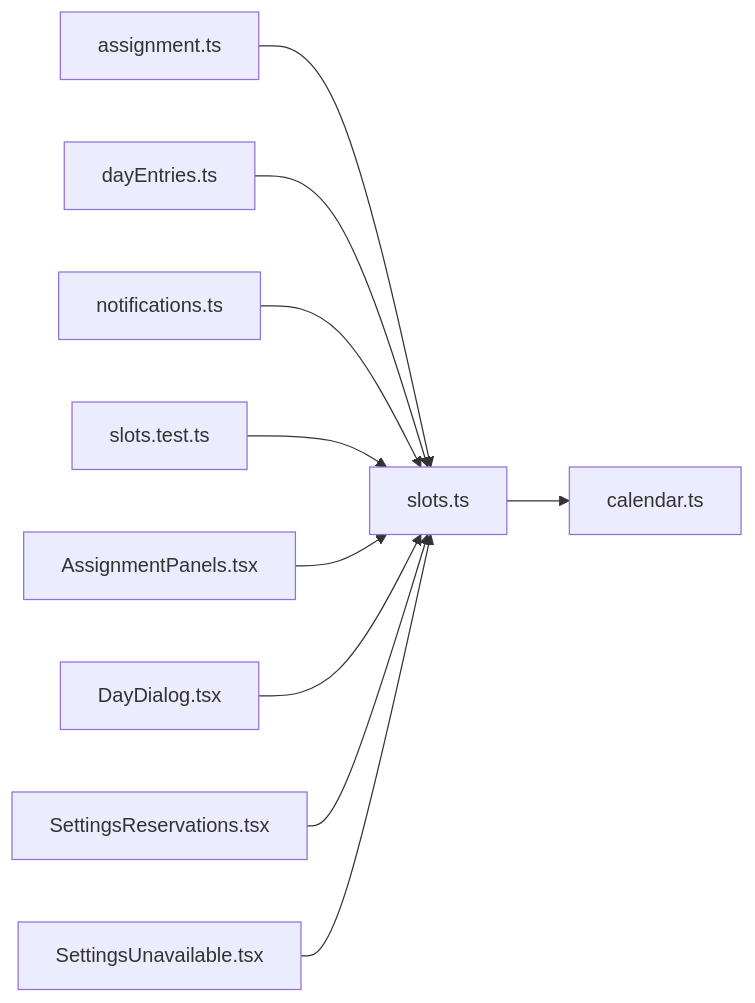
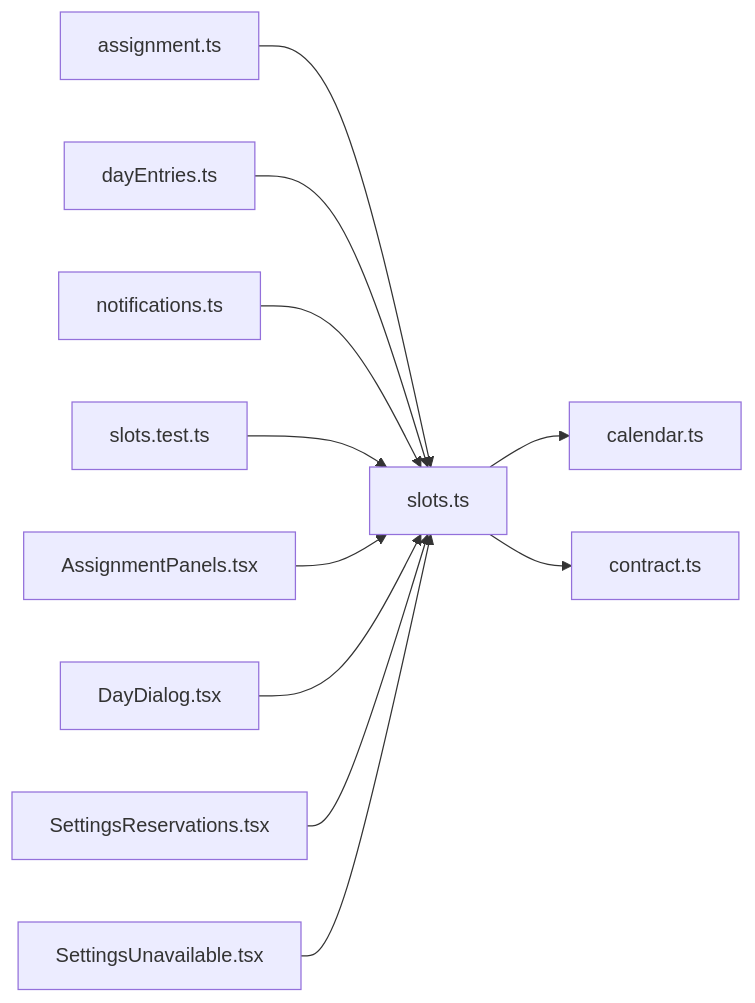
One commit to minkong-dev/Banblit changed the diagram in .cluedoc/graph/frontend/src/lib/slots.md. Above: the diagram before and after it, drawn with Mermaid. The commit also changed other lines of this file and 49 other files, not shown here.

````diff
--- a/.cluedoc/graph/frontend/src/lib/slots.md
+++ b/.cluedoc/graph/frontend/src/lib/slots.md
@@ -10,13 +10,14 @@
 ```mermaid
 flowchart LR
   frontend_src_lib_slots["slots.ts"]
   frontend_src_lib_slots --> frontend_src_lib_calendar["calendar.ts"]
+  frontend_src_lib_slots --> frontend_src_lib_contract["contract.ts"]
   frontend_src_lib_assignment["assignment.ts"] --> frontend_src_lib_slots
   frontend_src_lib_dayEntries["dayEntries.ts"] --> frontend_src_lib_slots
   frontend_src_lib_notifications["notifications.ts"] --> frontend_src_lib_slots
   frontend_src_lib_slots_test["slots.test.ts"] --> frontend_src_lib_slots
   frontend_src_routes_AssignmentPanels["AssignmentPanels.tsx"] --> frontend_src_lib_slots
   frontend_src_routes_DayDialog["DayDialog.tsx"] --> frontend_src_lib_slots
   frontend_src_routes_SettingsReservations["SettingsReservations.tsx"] --> frontend_src_lib_slots
   frontend_src_routes_SettingsUnavailable["SettingsUnavailable.tsx"] --> frontend_src_lib_slots
 ```
````
